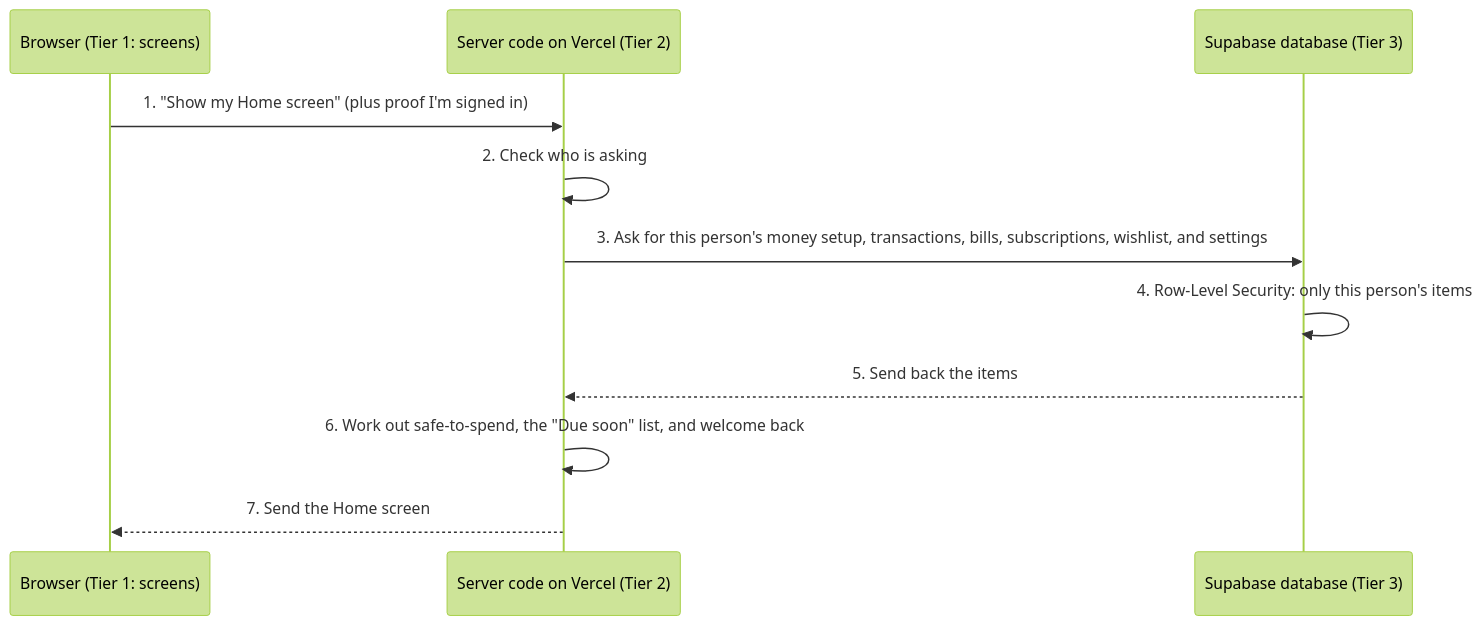
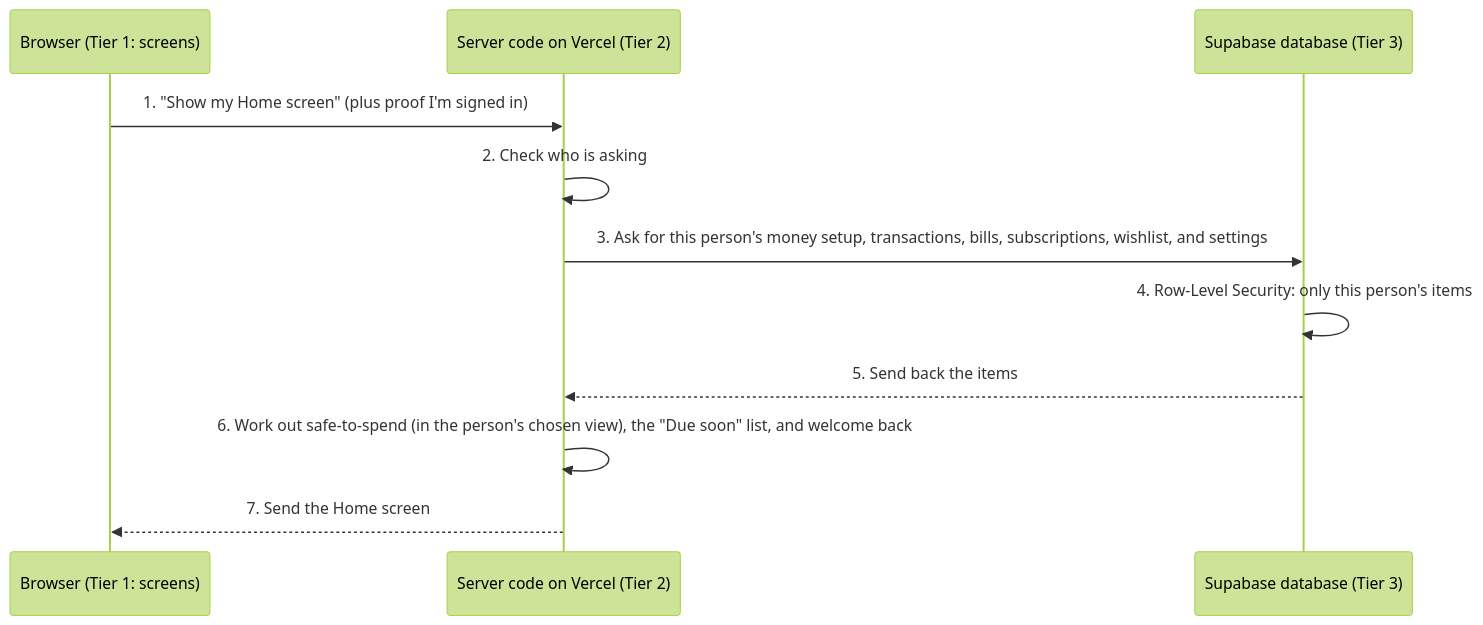
Before and after one commit to this-is-really-lily/Week-3-ADHD-Budgeting-App: the diagram in docs/architecture.md, drawn with Mermaid (forest theme). The commit also changed other lines of this file and 1 other file, not shown here.

````diff
--- a/docs/architecture.md
+++ b/docs/architecture.md
@@ -162,13 +187,13 @@
 ```mermaid
 sequenceDiagram
     participant B as Browser (Tier 1: screens)
     participant S as Server code on Vercel (Tier 2)
     participant D as Supabase database (Tier 3)
     B->>S: 1. "Show my Home screen" (plus proof I'm signed in)
     S->>S: 2. Check who is asking
     S->>D: 3. Ask for this person's money setup, transactions, bills, subscriptions, wishlist, and settings
     D->>D: 4. Row-Level Security: only this person's items
     D-->>S: 5. Send back the items
-    S->>S: 6. Work out safe-to-spend, the "Due soon" list, and welcome back
+    S->>S: 6. Work out safe-to-spend (in the person's chosen view), the "Due soon" list, and welcome back
     S-->>B: 7. Send the Home screen
 ```
````
